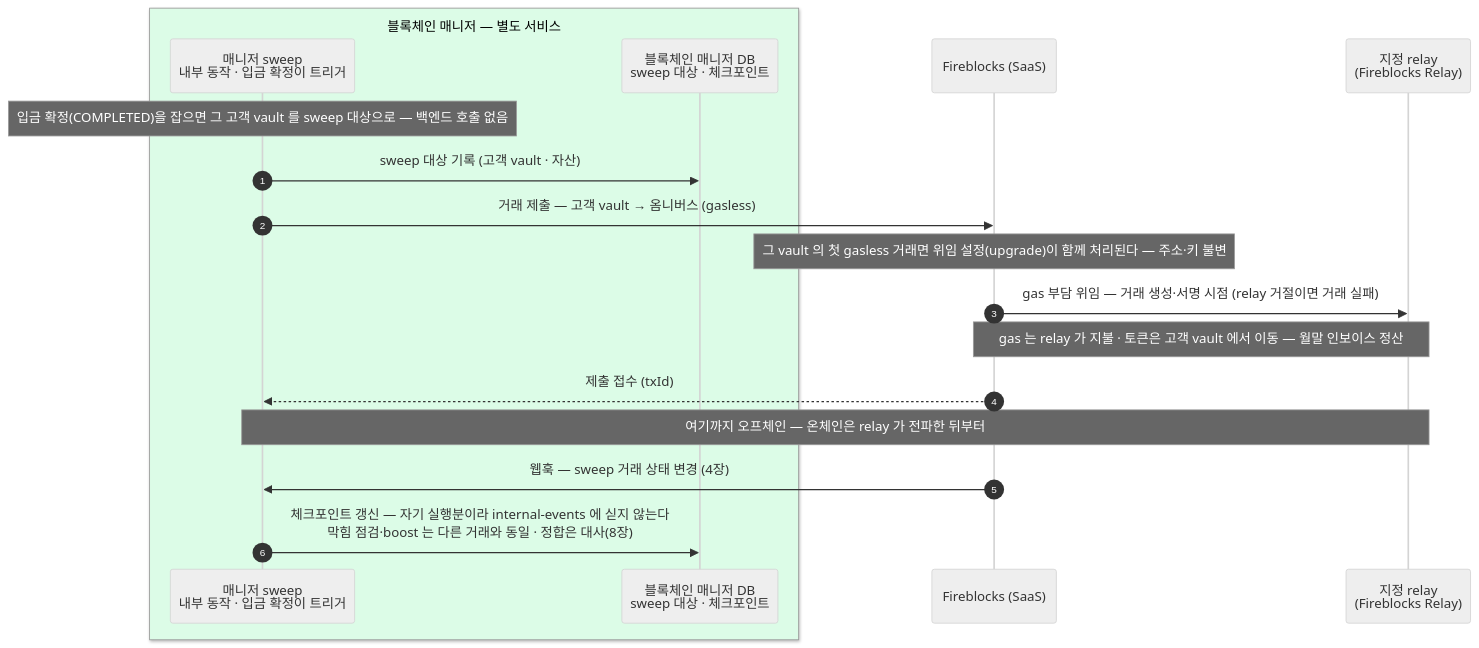
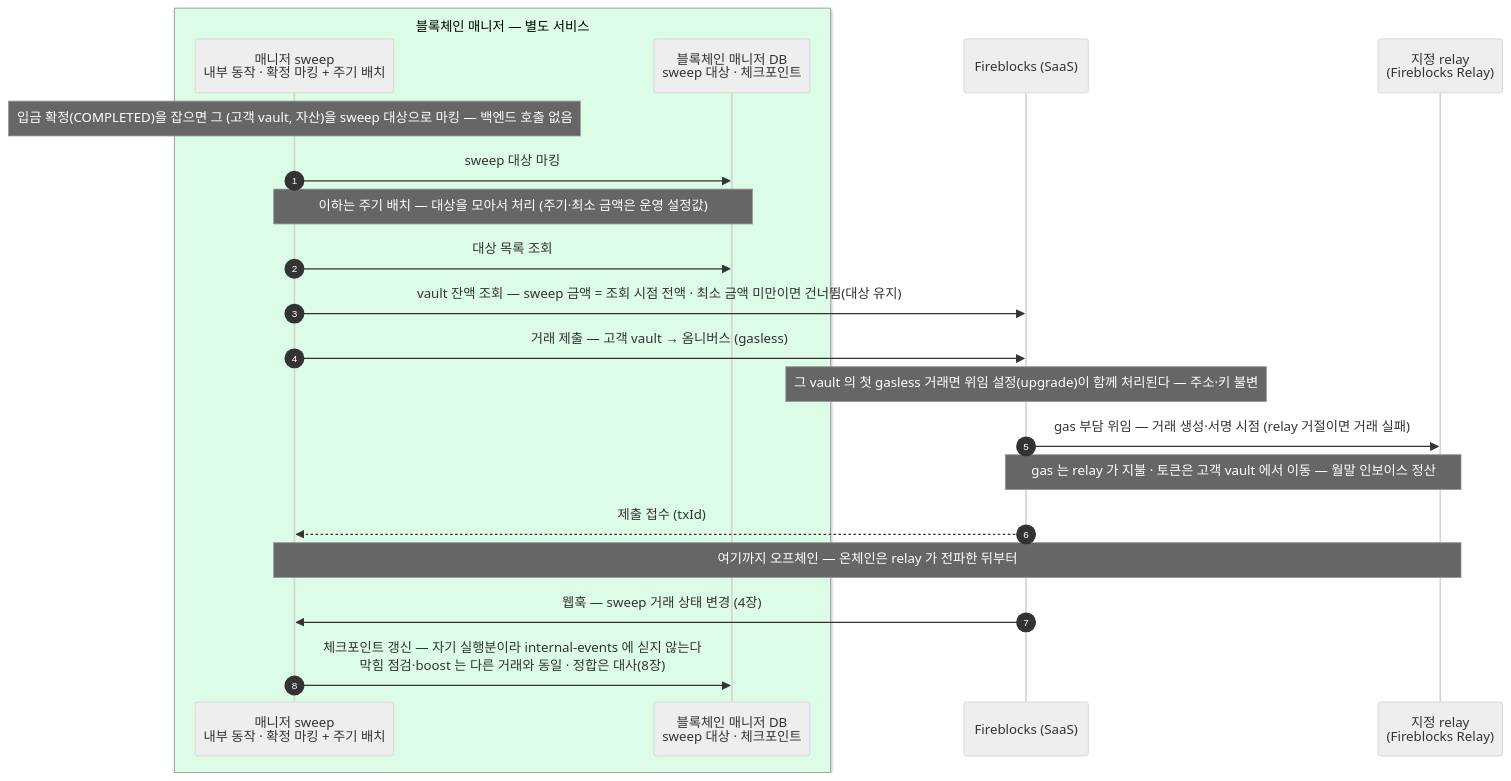
The second of 2 diagrams in blockchain-manager/docs/블록체인매니저/설계/05-deposit.md (eunsujeo/eunpus), drawn with Mermaid (neutral theme) before and after one commit. The commit also changed other lines of this file and 47 other files, not shown here.

First line of the commit message:
웹훅 상세 설계 + BC 카테고리 개편 + ERD·시나리오 애니메이션 도구

````diff
--- a/blockchain-manager/docs/블록체인매니저/설계/05-deposit.md
+++ b/blockchain-manager/docs/블록체인매니저/설계/05-deposit.md
@@ -84,21 +84,24 @@
 ```mermaid
 sequenceDiagram
     autonumber
     box rgb(220,252,231) 블록체인 매니저 — 별도 서비스
-    participant BM as 매니저 sweep<br/>내부 동작 · 입금 확정이 트리거
+    participant BM as 매니저 sweep<br/>내부 동작 · 확정 마킹 + 주기 배치
     participant MDB as 블록체인 매니저 DB<br/>sweep 대상 · 체크포인트
     end
     participant FB as Fireblocks (SaaS)
     participant RL as 지정 relay<br/>(Fireblocks Relay)
 
-    Note over BM: 입금 확정(COMPLETED)을 잡으면 그 고객 vault 를 sweep 대상으로 — 백엔드 호출 없음
-    BM->>MDB: sweep 대상 기록 (고객 vault · 자산)
+    Note over BM: 입금 확정(COMPLETED)을 잡으면 그 (고객 vault, 자산)을 sweep 대상으로 마킹 — 백엔드 호출 없음
+    BM->>MDB: sweep 대상 마킹
+    Note over BM,MDB: 이하는 주기 배치 — 대상을 모아서 처리 (주기·최소 금액은 운영 설정값)
+    BM->>MDB: 대상 목록 조회
+    BM->>FB: vault 잔액 조회 — sweep 금액 = 조회 시점 전액 · 최소 금액 미만이면 건너뜀(대상 유지)
     BM->>FB: 거래 제출 — 고객 vault → 옴니버스 (gasless)
     Note over FB: 그 vault 의 첫 gasless 거래면 위임 설정(upgrade)이 함께 처리된다 — 주소·키 불변
     FB->>RL: gas 부담 위임 — 거래 생성·서명 시점 (relay 거절이면 거래 실패)
     Note over FB,RL: gas 는 relay 가 지불 · 토큰은 고객 vault 에서 이동 — 월말 인보이스 정산
     FB-->>BM: 제출 접수 (txId)
     Note over BM,RL: 여기까지 오프체인 — 온체인은 relay 가 전파한 뒤부터
     FB->>BM: 웹훅 — sweep 거래 상태 변경 (4장)
     BM->>MDB: 체크포인트 갱신 — 자기 실행분이라 internal-events 에 싣지 않는다<br/>막힘 점검·boost 는 다른 거래와 동일 · 정합은 대사(8장)
 ```
````
